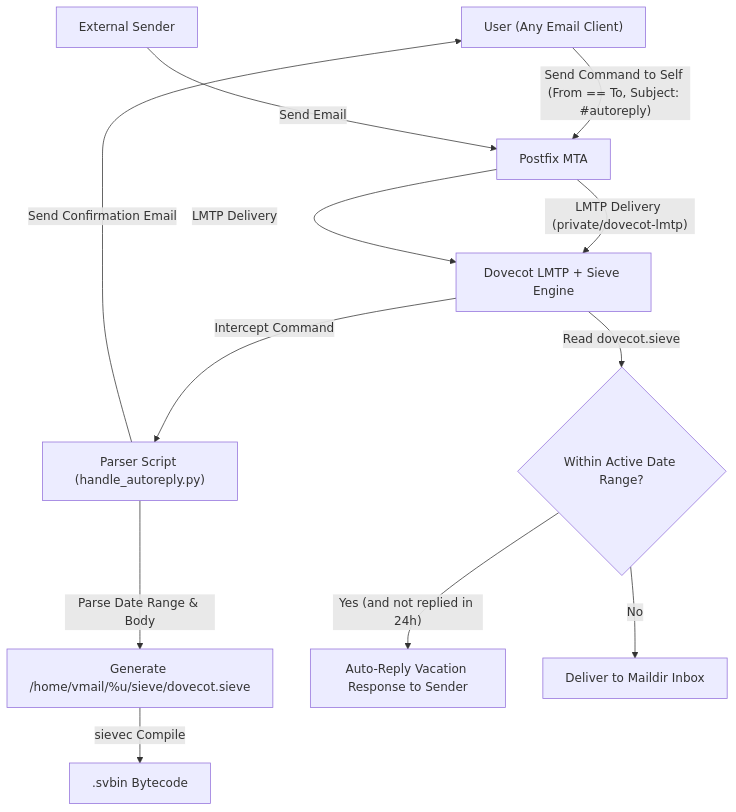
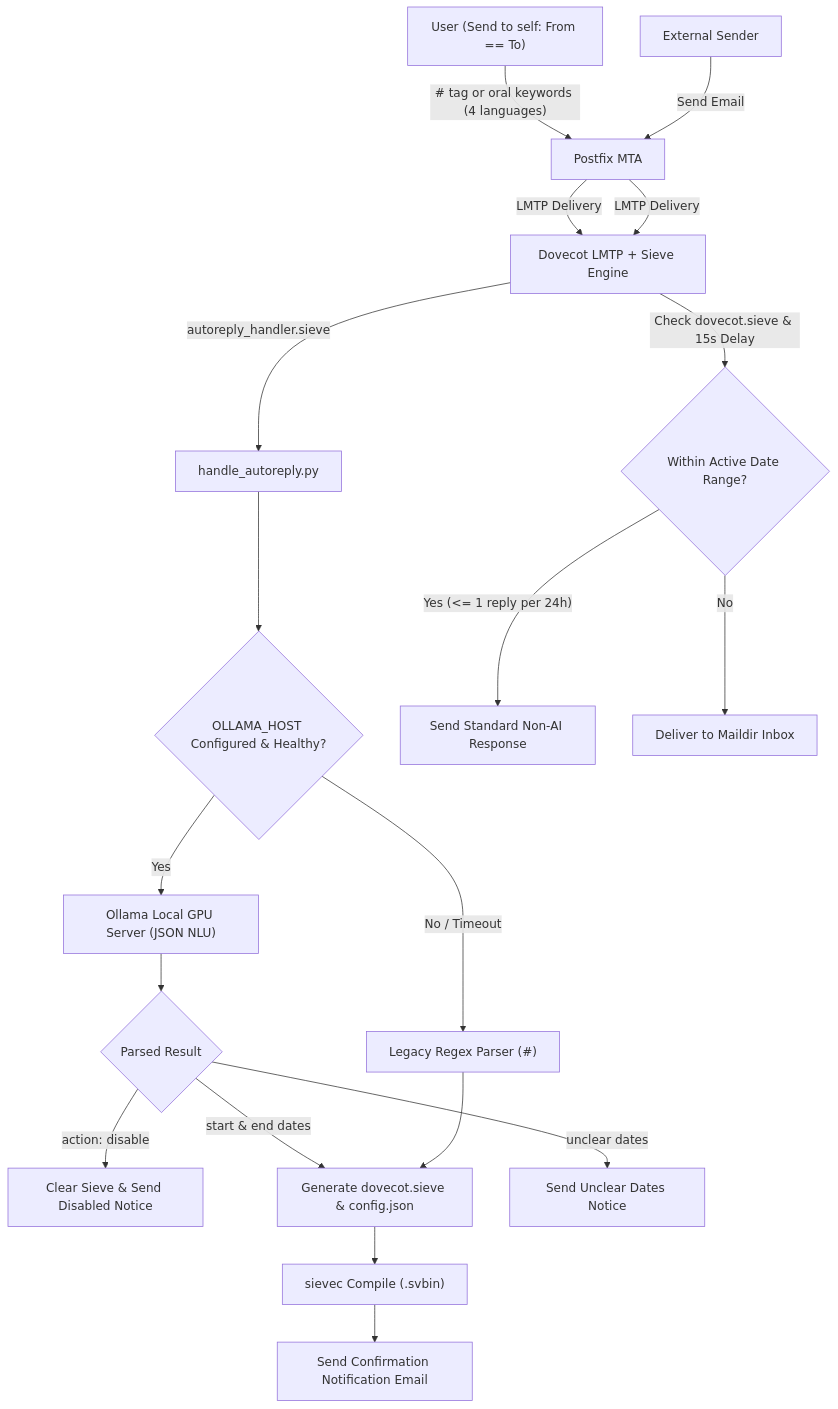
One commit to WilliamFromTW/docker-Postfix-AD changed the fourth of 4 diagrams in ARCHITECTURE.md. Above: the diagram before and after it, drawn with Mermaid. The commit also changed other lines of this file and 11 other files, not shown here.

Commit message:
feat(autoreply): support ollama local AI for natural language auto-reply in 4 languages

````diff
--- a/ARCHITECTURE.md
+++ b/ARCHITECTURE.md
@@ -208,16 +208,26 @@
 ```mermaid
 graph TD
-    User["User (Any Email Client)"] -->|"Send Command to Self (From == To, Subject: #autoreply)"| Postfix["Postfix MTA"]
-    Postfix -->|"LMTP Delivery (private/dovecot-lmtp)"| Dovecot["Dovecot LMTP + Sieve Engine"]
+    User["User (Send to self: From == To)"] -->|"# tag or oral keywords (4 languages)"| Postfix["Postfix MTA"]
+    Postfix -->|"LMTP Delivery"| Dovecot["Dovecot LMTP + Sieve Engine"]
     
-    Dovecot -->|"Intercept Command"| Handler["Parser Script (handle_autoreply.py)"]
-    Handler -->|"Parse Date Range & Body"| SieveGen["Generate /home/vmail/%u/sieve/dovecot.sieve"]
-    SieveGen -->|"sievec Compile"| Binary[".svbin Bytecode"]
-    Handler -->|"Send Confirmation Email"| User
+    Dovecot -->|"autoreply_handler.sieve"| Handler["handle_autoreply.py"]
+    Handler --> CheckOllama{"OLLAMA_HOST Configured & Healthy?"}
+    
+    CheckOllama -->|"Yes"| Ollama["Ollama Local GPU Server (JSON NLU)"]
+    CheckOllama -->|"No / Timeout"| FallbackRegex["Legacy Regex Parser (#)"]
+    
+    Ollama --> ResultCheck{"Parsed Result"}
+    ResultCheck -->|"action: disable"| DoDisable["Clear Sieve & Send Disabled Notice"]
+    ResultCheck -->|"start & end dates"| ApplyConfig["Generate dovecot.sieve & config.json"]
+    ResultCheck -->|"unclear dates"| NotifyUnclear["Send Unclear Dates Notice"]
+    
+    FallbackRegex --> ApplyConfig
+    ApplyConfig --> Sievec["sievec Compile (.svbin)"]
+    Sievec --> SendSuccess["Send Confirmation Notification Email"]
 
     RemoteSender["External Sender"] -->|"Send Email"| Postfix
     Postfix -->|"LMTP Delivery"| Dovecot
-    Dovecot -->|"Read dovecot.sieve"| CheckDate{"Within Active Date Range?"}
-    CheckDate -->|"Yes (and not replied in 24h)"| AutoReply["Auto-Reply Vacation Response to Sender"]
+    Dovecot -->|"Check dovecot.sieve & 15s Delay"| CheckDate{"Within Active Date Range?"}
+    CheckDate -->|"Yes (<= 1 reply per 24h)"| AutoReply["Send Standard Non-AI Response"]
     CheckDate -->|"No"| Inbox["Deliver to Maildir Inbox"]
 ```
````
